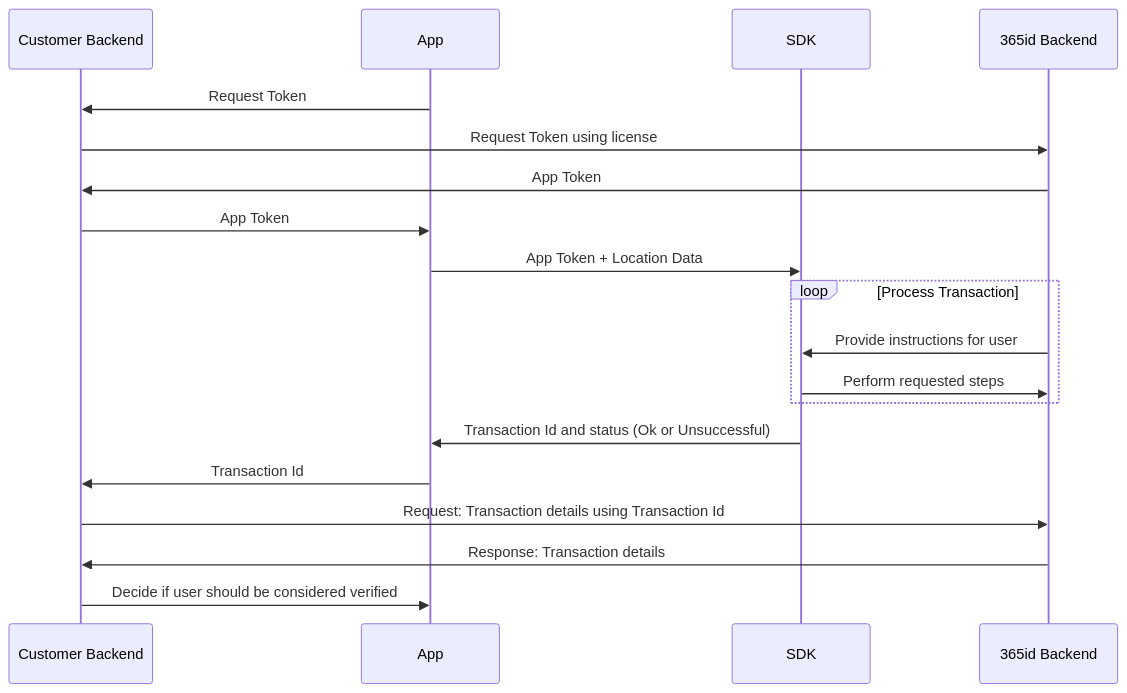
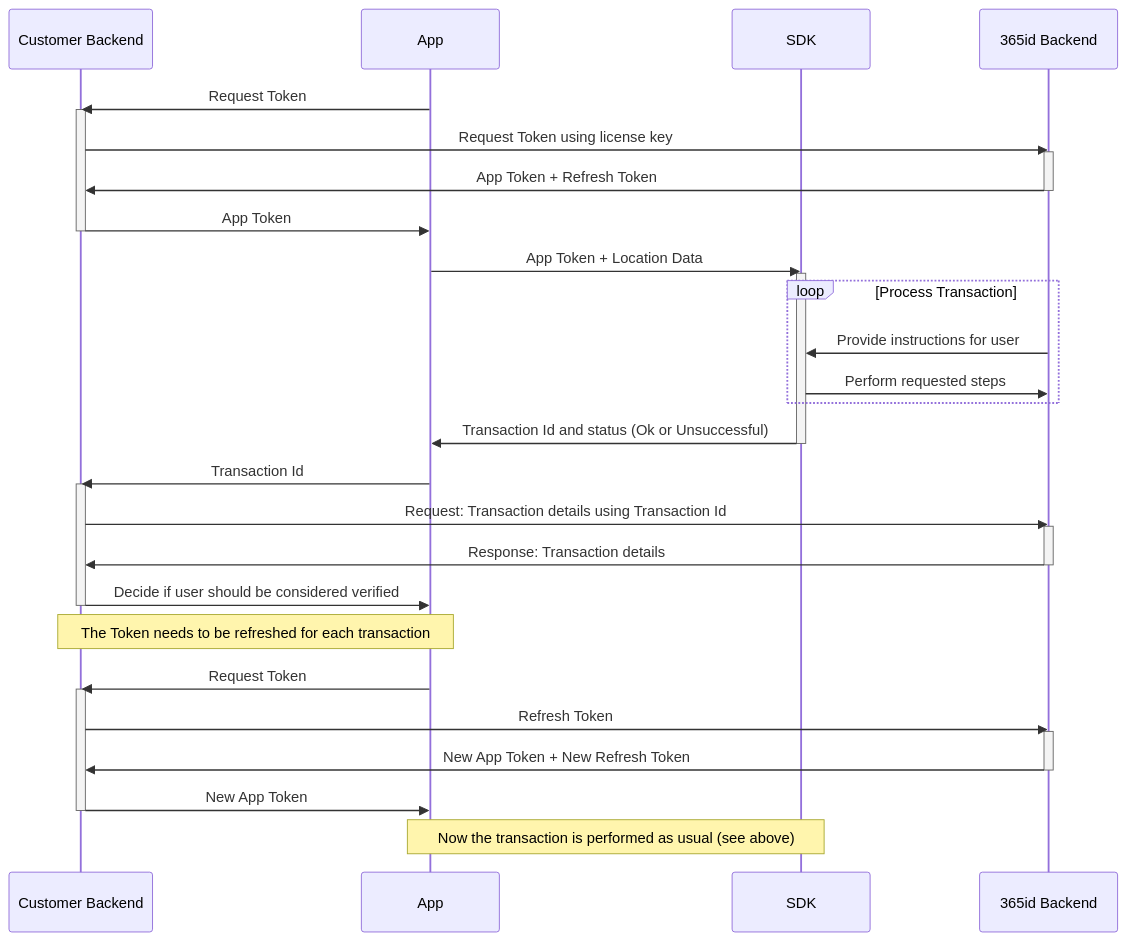
The second of 2 diagrams in README.md (365id-AB/idverification-ios), drawn with Mermaid before and after one commit. The commit also changed other lines of this file and 35 other files, not shown here.

````diff
--- a/README.md
+++ b/README.md
@@ -252,21 +353,42 @@
 ```mermaid
 sequenceDiagram
     participant Customer Backend
     participant App
     participant SDK
     participant 365id Backend
     App->>Customer Backend: Request Token
-    Customer Backend->>365id Backend: Request Token using license
-    365id Backend->>Customer Backend: App Token
+    activate Customer Backend
+    Customer Backend->>365id Backend: Request Token using license key
+    activate 365id Backend
+    365id Backend->>Customer Backend: App Token + Refresh Token
+    deactivate 365id Backend
+    
     Customer Backend->>App: App Token
+    deactivate Customer Backend
     App->>SDK: App Token + Location Data
+    activate SDK
     loop Process Transaction
         365id Backend->>SDK: Provide instructions for user
         SDK->>365id Backend: Perform requested steps
     end
     SDK->>App: Transaction Id and status (Ok or Unsuccessful)
+    deactivate SDK
     App->>Customer Backend: Transaction Id
+    activate Customer Backend
     Customer Backend->>365id Backend: Request: Transaction details using Transaction Id
+    activate 365id Backend
     365id Backend->>Customer Backend: Response: Transaction details
+    deactivate 365id Backend
     Customer Backend->>App: Decide if user should be considered verified
+    deactivate Customer Backend
+    Note over Customer Backend, App: The Token needs to be refreshed for each transaction
+    App->>Customer Backend: Request Token
+    activate Customer Backend
+    Customer Backend->>365id Backend: Refresh Token
+    activate 365id Backend
+    365id Backend->>Customer Backend: New App Token + New Refresh Token
+    deactivate 365id Backend
+    Customer Backend->>App: New App Token
+    deactivate Customer Backend
+    Note over App, SDK: Now the transaction is performed as usual (see above)
 ```
````
